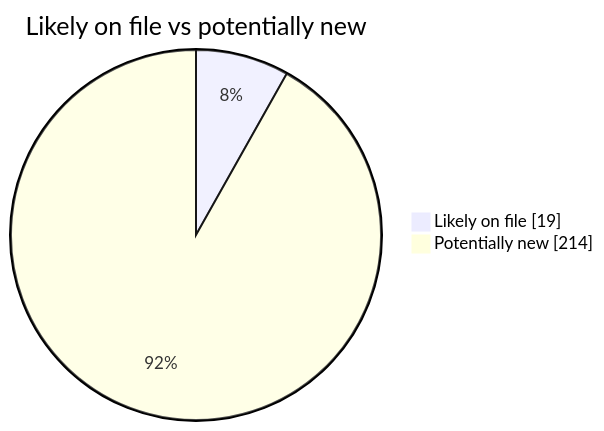
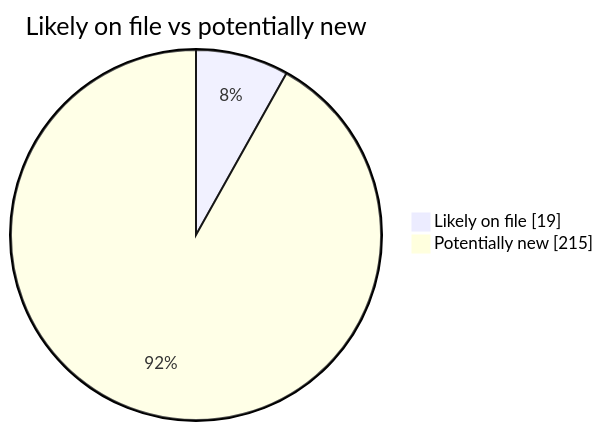
One commit to martinbalfanz/social-scanner-reports changed the second of 4 diagrams in README.md. Above: the diagram before and after it, drawn with Mermaid. The commit also changed other lines of this file and 2 other files, not shown here.

````diff
--- a/README.md
+++ b/README.md
@@ -40,5 +40,5 @@
 ```mermaid
 pie showData title Likely on file vs potentially new
     "Likely on file" : 19
-    "Potentially new" : 214
+    "Potentially new" : 215
 ```
````
